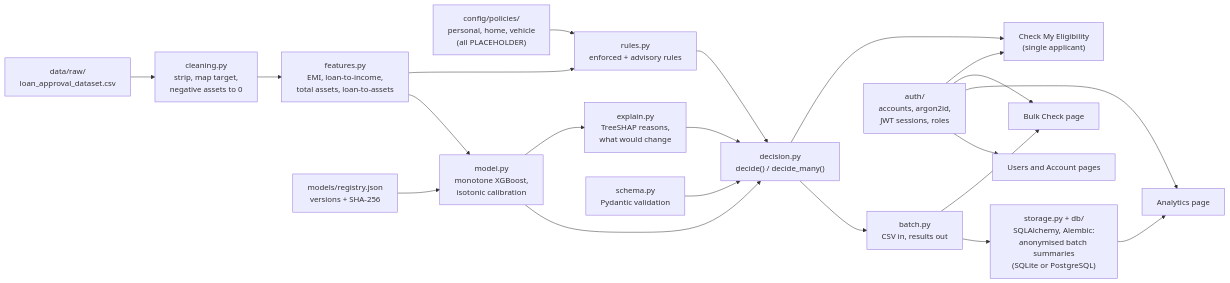
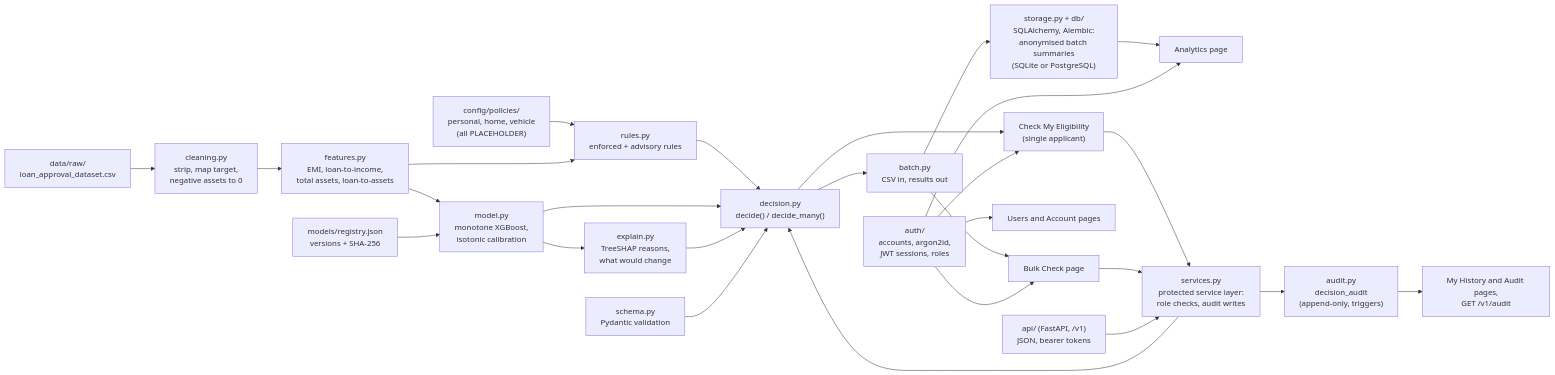
One commit to Anshu-raj-co/LoanLens changed the diagram in PROJECT_EXPLAINED.md. Above: the diagram before and after it, drawn with Mermaid. The commit also changed other lines of this file and 51 other files, not shown here.

First line of the commit message:
Milestone 3: audit trail and REST API

````diff
--- a/PROJECT_EXPLAINED.md
+++ b/PROJECT_EXPLAINED.md
@@ -159,23 +178,29 @@
 ```mermaid
 flowchart LR
     RAW["data/raw/<br/>loan_approval_dataset.csv"] --> CLEAN["cleaning.py<br/>strip, map target,<br/>negative assets to 0"]
     CLEAN --> FEAT["features.py<br/>EMI, loan-to-income,<br/>total assets, loan-to-assets"]
     CFG["config/policies/<br/>personal, home, vehicle<br/>(all PLACEHOLDER)"] --> RULES
     FEAT --> RULES["rules.py<br/>enforced + advisory rules"]
     FEAT --> MODEL["model.py<br/>monotone XGBoost,<br/>isotonic calibration"]
     REG["models/registry.json<br/>versions + SHA-256"] --> MODEL
     MODEL --> EXPLAIN["explain.py<br/>TreeSHAP reasons,<br/>what would change"]
     RULES --> DECIDE["decision.py<br/>decide() / decide_many()"]
     MODEL --> DECIDE
     EXPLAIN --> DECIDE
     SCHEMA["schema.py<br/>Pydantic validation"] --> DECIDE
     DECIDE --> CUST["Check My Eligibility<br/>(single applicant)"]
     DECIDE --> BATCH["batch.py<br/>CSV in, results out"]
     BATCH --> BULK["Bulk Check page"]
     BATCH --> STORE["storage.py + db/<br/>SQLAlchemy, Alembic:<br/>anonymised batch summaries<br/>(SQLite or PostgreSQL)"]
     STORE --> ANALYTICS["Analytics page"]
     AUTH["auth/<br/>accounts, argon2id,<br/>JWT sessions, roles"] --> CUST
     AUTH --> BULK
     AUTH --> ANALYTICS
     AUTH --> USERS["Users and Account pages"]
+    SVC["services.py<br/>protected service layer:<br/>role checks, audit writes"] --> DECIDE
+    CUST --> SVC
+    BULK --> SVC
+    APIV1["api/ (FastAPI, /v1)<br/>JSON, bearer tokens"] --> SVC
+    SVC --> AUDIT["audit.py<br/>decision_audit<br/>(append-only, triggers)"]
+    AUDIT --> HIST["My History and Audit pages,<br/>GET /v1/audit"]
 ```
````
